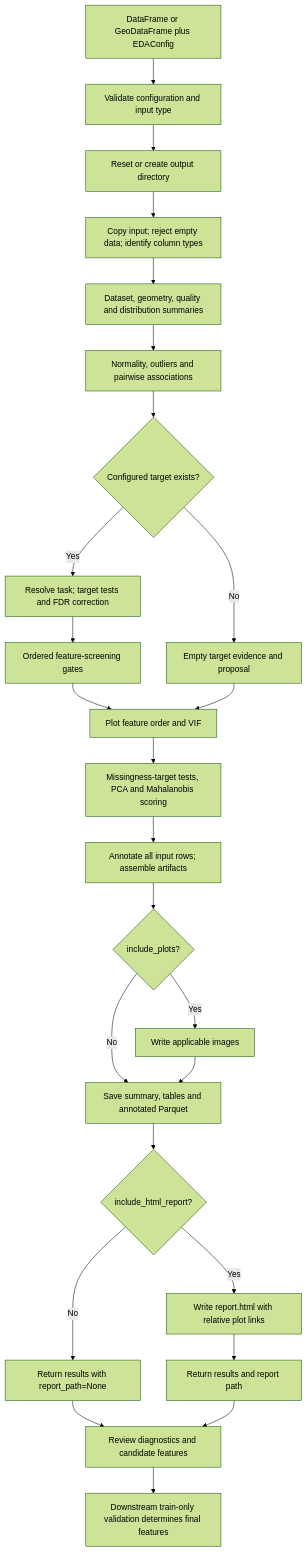
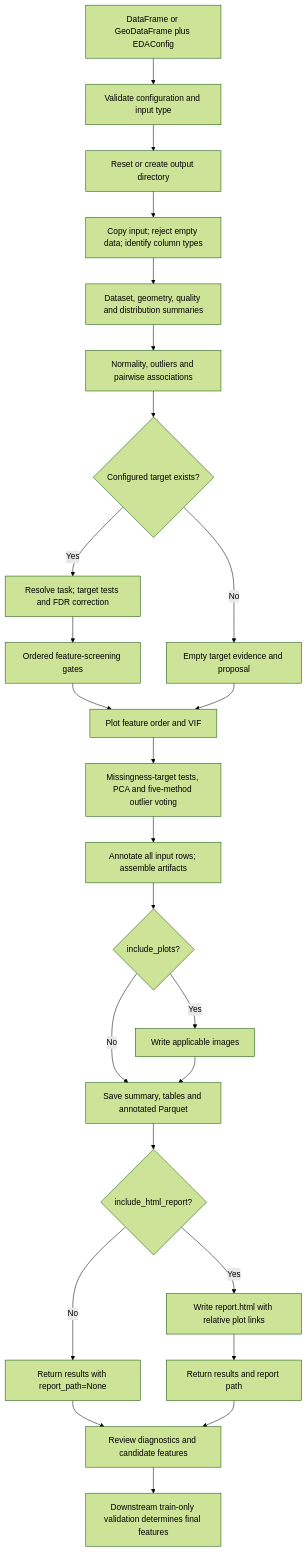
One commit to EleniLouvari/satellites changed the diagram in docs/eda/WORKFLOW.md. Above: the diagram before and after it, drawn with Mermaid (forest theme). The commit also changed other lines of this file and 39 other files, not shown here.

````diff
--- a/docs/eda/WORKFLOW.md
+++ b/docs/eda/WORKFLOW.md
@@ -20,27 +19,27 @@
 ```mermaid
 flowchart TD
     A[DataFrame or GeoDataFrame plus EDAConfig] --> B[Validate configuration and input type]
     B --> C[Reset or create output directory]
     C --> D[Copy input; reject empty data; identify column types]
     D --> E[Dataset, geometry, quality and distribution summaries]
     E --> F[Normality, outliers and pairwise associations]
     F --> G{Configured target exists?}
     G -->|Yes| H[Resolve task; target tests and FDR correction]
     H --> I[Ordered feature-screening gates]
     G -->|No| J[Empty target evidence and proposal]
     I --> K[Plot feature order and VIF]
     J --> K
-    K --> L[Missingness-target tests, PCA and Mahalanobis scoring]
+    K --> L[Missingness-target tests, PCA and five-method outlier voting]
     L --> M[Annotate all input rows; assemble artifacts]
     M --> N{include_plots?}
     N -->|Yes| O[Write applicable images]
     N -->|No| P[Save summary, tables and annotated Parquet]
     O --> P
     P --> Q{include_html_report?}
     Q -->|Yes| R[Write report.html with relative plot links]
     Q -->|No| S[Return results with report_path=None]
     R --> T[Return results and report path]
     S --> U[Review diagnostics and candidate features]
     T --> U
     U --> V[Downstream train-only validation determines final features]
 ```
````
